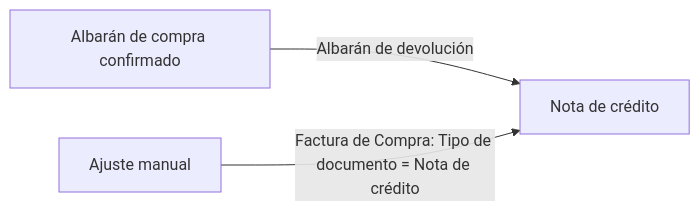
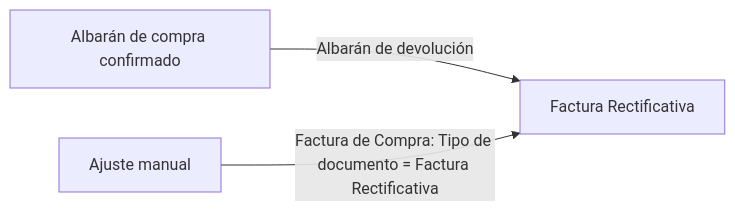
One commit to etendosoftware/etendo-go-docs changed the diagram in docs/es/operaciones/compras/crear-una-devolucion-de-compra/crear-una-devolucion-de-compra.md. Above: the diagram before and after it, drawn with Mermaid. The commit also changed other lines of this file and 4 other files, not shown here.

First line of the commit message:
Feature ETP-4716: Renombrar Nota de credito a Rectificativa

````diff
--- a/docs/es/operaciones/compras/crear-una-devolucion-de-compra/crear-una-devolucion-de-compra.md
+++ b/docs/es/operaciones/compras/crear-una-devolucion-de-compra/crear-una-devolucion-de-compra.md
@@ -18,5 +23,5 @@
 ```mermaid
 flowchart LR
-  A[Albarán de compra confirmado] -->|Albarán de devolución| B[Nota de crédito]
-  C[Ajuste manual] -->|Factura de Compra: Tipo de documento = Nota de crédito| B
+  A[Albarán de compra confirmado] -->|Albarán de devolución| B[Factura Rectificativa]
+  C[Ajuste manual] -->|Factura de Compra: Tipo de documento = Factura Rectificativa| B
 ```
````
